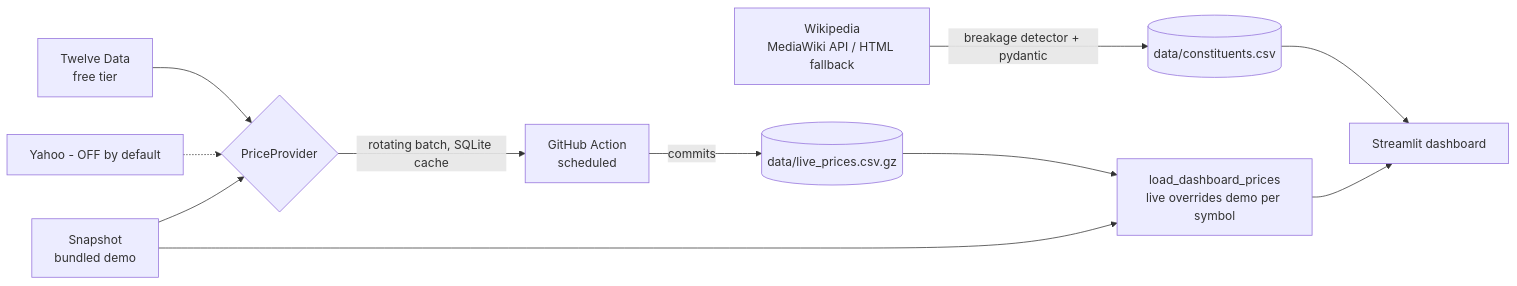
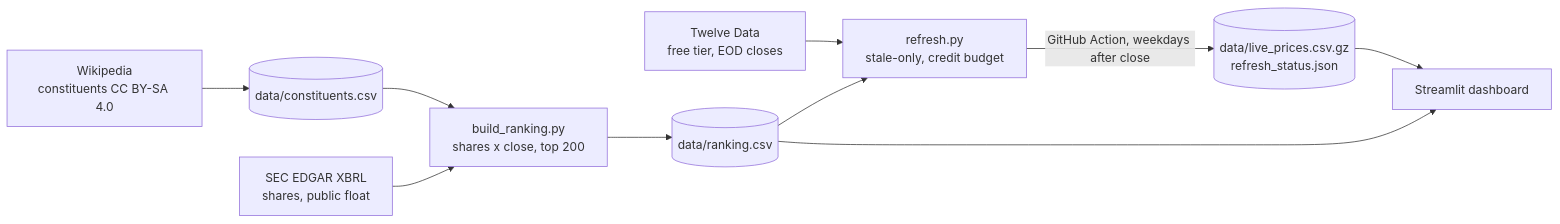
The diagram in README.md (alfiochoa/sp500-tracker), drawn with Mermaid before and after one commit. The commit also changed other lines of this file and 1 other file, not shown here.

Commit message:
docs: coverage statement, ranking method and limits, account guard; tests for real-data-only app

````diff
--- a/README.md
+++ b/README.md
@@ -25,13 +43,12 @@
 ```mermaid
 flowchart LR
-  W[Wikipedia<br/>MediaWiki API / HTML fallback] -->|breakage detector + pydantic| C[(data/constituents.csv)]
-  T[Twelve Data<br/>free tier] --> P{PriceProvider}
-  Y[Yahoo - OFF by default] -.-> P
-  S[Snapshot<br/>bundled demo] --> P
-  P -->|rotating batch, SQLite cache| A[GitHub Action<br/>scheduled]
-  A -->|commits| L[(data/live_prices.csv.gz)]
-  L --> D[load_dashboard_prices<br/>live overrides demo per symbol]
-  S --> D
-  C --> U[Streamlit dashboard]
-  D --> U
+  W[Wikipedia<br/>constituents CC BY-SA 4.0] --> C[(data/constituents.csv)]
+  E[SEC EDGAR XBRL<br/>shares, public float] --> R
+  C --> R[build_ranking.py<br/>shares x close, top 200]
+  T[Twelve Data<br/>free tier, EOD closes] --> F[refresh.py<br/>stale-only, credit budget]
+  R --> K[(data/ranking.csv)]
+  K --> F
+  F -->|GitHub Action, weekdays after close| L[(data/live_prices.csv.gz<br/>refresh_status.json)]
+  K --> U[Streamlit dashboard]
+  L --> U
 ```
````
